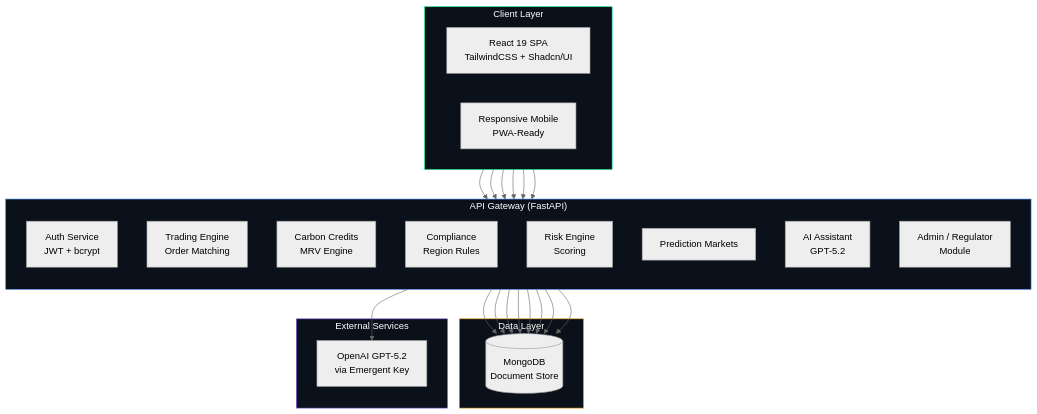
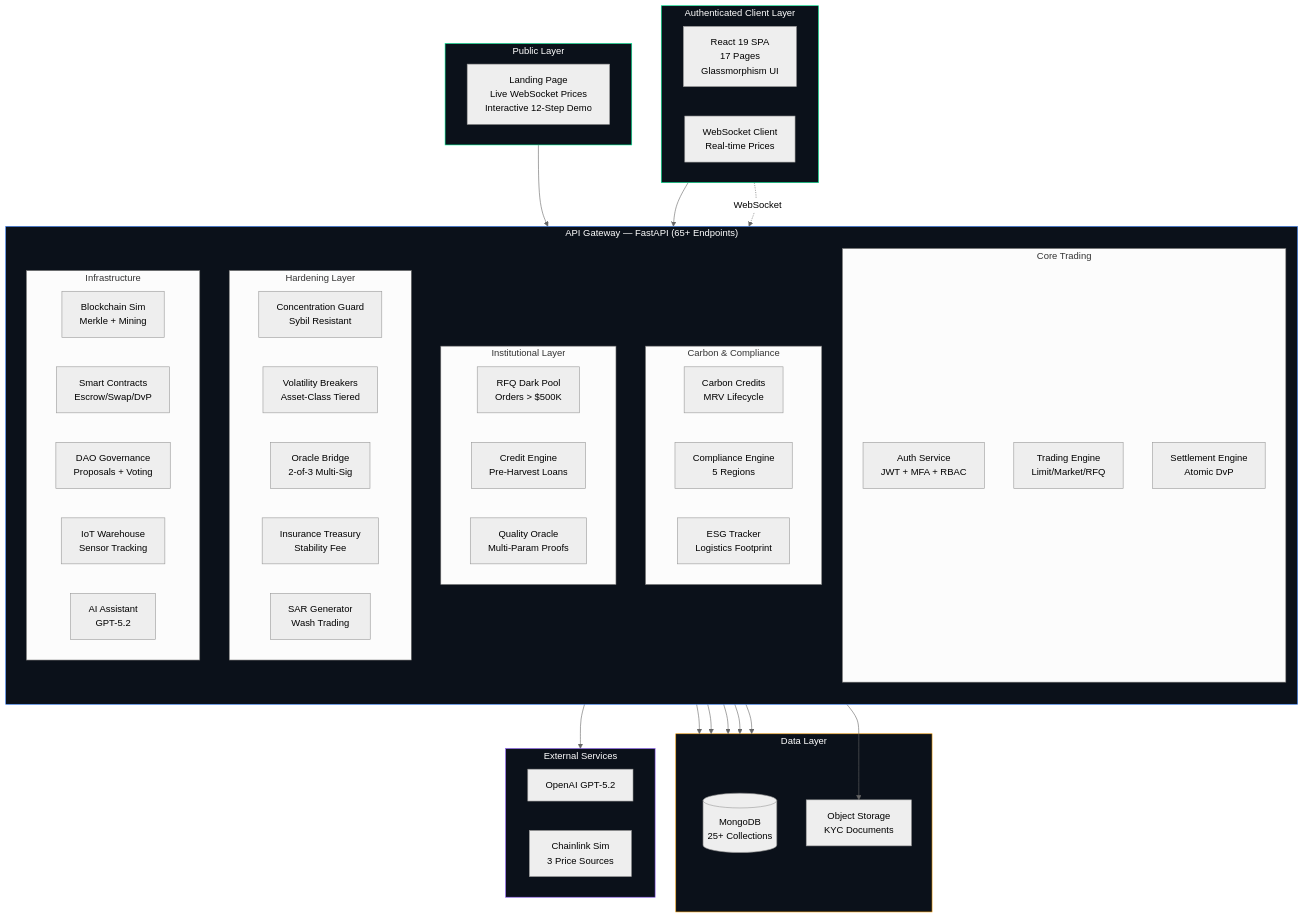
One commit to jai2033shankar/FutureExchange changed the first of 5 diagrams in README.md. Above: the diagram before and after it, drawn with Mermaid (neutral theme). The commit also changed other lines of this file and 1 other file, not shown here.

````diff
--- a/README.md
+++ b/README.md
@@ -71,50 +97,74 @@
 ```mermaid
 graph TB
-    subgraph CLIENT["Client Layer"]
-        direction LR
-        WEB["React 19 SPA<br/>TailwindCSS + Shadcn/UI"]
-        MOBILE["Responsive Mobile<br/>PWA-Ready"]
+    subgraph PUBLIC["Public Layer"]
+        LANDING["Landing Page<br/>Live WebSocket Prices<br/>Interactive 12-Step Demo"]
     end
 
-    subgraph API_GATEWAY["API Gateway (FastAPI)"]
+    subgraph CLIENT["Authenticated Client Layer"]
+        direction LR
+        WEB["React 19 SPA<br/>17 Pages<br/>Glassmorphism UI"]
+        WS["WebSocket Client<br/>Real-time Prices"]
+    end
+
+    subgraph GATEWAY["API Gateway — FastAPI (65+ Endpoints)"]
         direction TB
-        AUTH["Auth Service<br/>JWT + bcrypt"]
-        TRADE["Trading Engine<br/>Order Matching"]
-        CARBON["Carbon Credits<br/>MRV Engine"]
-        COMPLY["Compliance<br/>Region Rules"]
-        RISK["Risk Engine<br/>Scoring"]
-        PRED["Prediction Markets"]
-        CHAT["AI Assistant<br/>GPT-5.2"]
-        ADMIN["Admin / Regulator<br/>Module"]
+        subgraph CORE["Core Trading"]
+            AUTH["Auth Service<br/>JWT + MFA + RBAC"]
+            TRADE["Trading Engine<br/>Limit/Market/RFQ"]
+            SETTLE["Settlement Engine<br/>Atomic DvP"]
+        end
+        subgraph CARBON_MOD["Carbon & Compliance"]
+            CARBON["Carbon Credits<br/>MRV Lifecycle"]
+            COMPLY["Compliance Engine<br/>5 Regions"]
+            ESG_MOD["ESG Tracker<br/>Logistics Footprint"]
+        end
+        subgraph INSTITUTIONAL["Institutional Layer"]
+            RFQ["RFQ Dark Pool<br/>Orders > $500K"]
+            CREDIT["Credit Engine<br/>Pre-Harvest Loans"]
+            QUALITY["Quality Oracle<br/>Multi-Param Proofs"]
+        end
+        subgraph HARDENING["Hardening Layer"]
+            GUARD["Concentration Guard<br/>Sybil Resistant"]
+            BREAKER["Volatility Breakers<br/>Asset-Class Tiered"]
+            ORACLE["Oracle Bridge<br/>2-of-3 Multi-Sig"]
+            INSURANCE["Insurance Treasury<br/>Stability Fee"]
+            SAR["SAR Generator<br/>Wash Trading"]
+        end
+        subgraph INFRA["Infrastructure"]
+            CHAIN["Blockchain Sim<br/>Merkle + Mining"]
+            CONTRACTS["Smart Contracts<br/>Escrow/Swap/DvP"]
+            DAO["DAO Governance<br/>Proposals + Voting"]
+            IOT["IoT Warehouse<br/>Sensor Tracking"]
+            AI["AI Assistant<br/>GPT-5.2"]
+        end
     end
 
     subgraph DATA["Data Layer"]
-        MONGO[("MongoDB<br/>Document Store")]
+        MONGO[("MongoDB<br/>25+ Collections")]
+        OBJSTORE["Object Storage<br/>KYC Documents"]
     end
 
     subgraph EXTERNAL["External Services"]
-        OPENAI["OpenAI GPT-5.2<br/>via Emergent Key"]
+        OPENAI["OpenAI GPT-5.2"]
+        CHAINLINK["Chainlink Sim<br/>3 Price Sources"]
     end
 
-    WEB --> AUTH
-    WEB --> TRADE
-    WEB --> CARBON
-    WEB --> COMPLY
-    MOBILE --> AUTH
-    MOBILE --> TRADE
+    PUBLIC --> GATEWAY
+    CLIENT --> GATEWAY
+    WS -.->|WebSocket| GATEWAY
 
-    AUTH --> MONGO
-    TRADE --> MONGO
-    CARBON --> MONGO
-    COMPLY --> MONGO
-    RISK --> MONGO
-    PRED --> MONGO
-    CHAT --> OPENAI
-    CHAT --> MONGO
-    ADMIN --> MONGO
+    CORE --> DATA
+    CARBON_MOD --> DATA
+    INSTITUTIONAL --> DATA
+    HARDENING --> DATA
+    INFRA --> DATA
+    INFRA --> EXTERNAL
 
+    AUTH --> OBJSTORE
+
+    style PUBLIC fill:#0B111A,stroke:#00F298,color:#fff
     style CLIENT fill:#0B111A,stroke:#00F298,color:#fff
-    style API_GATEWAY fill:#0B111A,stroke:#3B82F6,color:#fff
+    style GATEWAY fill:#0B111A,stroke:#3B82F6,color:#fff
     style DATA fill:#0B111A,stroke:#F59E0B,color:#fff
     style EXTERNAL fill:#0B111A,stroke:#8B5CF6,color:#fff
 ```
````
